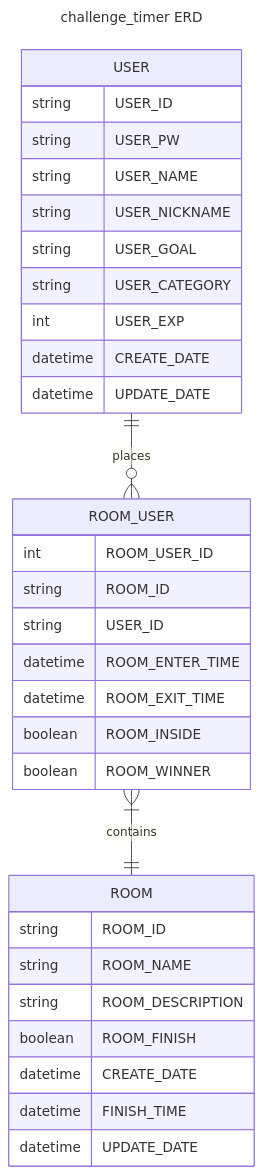
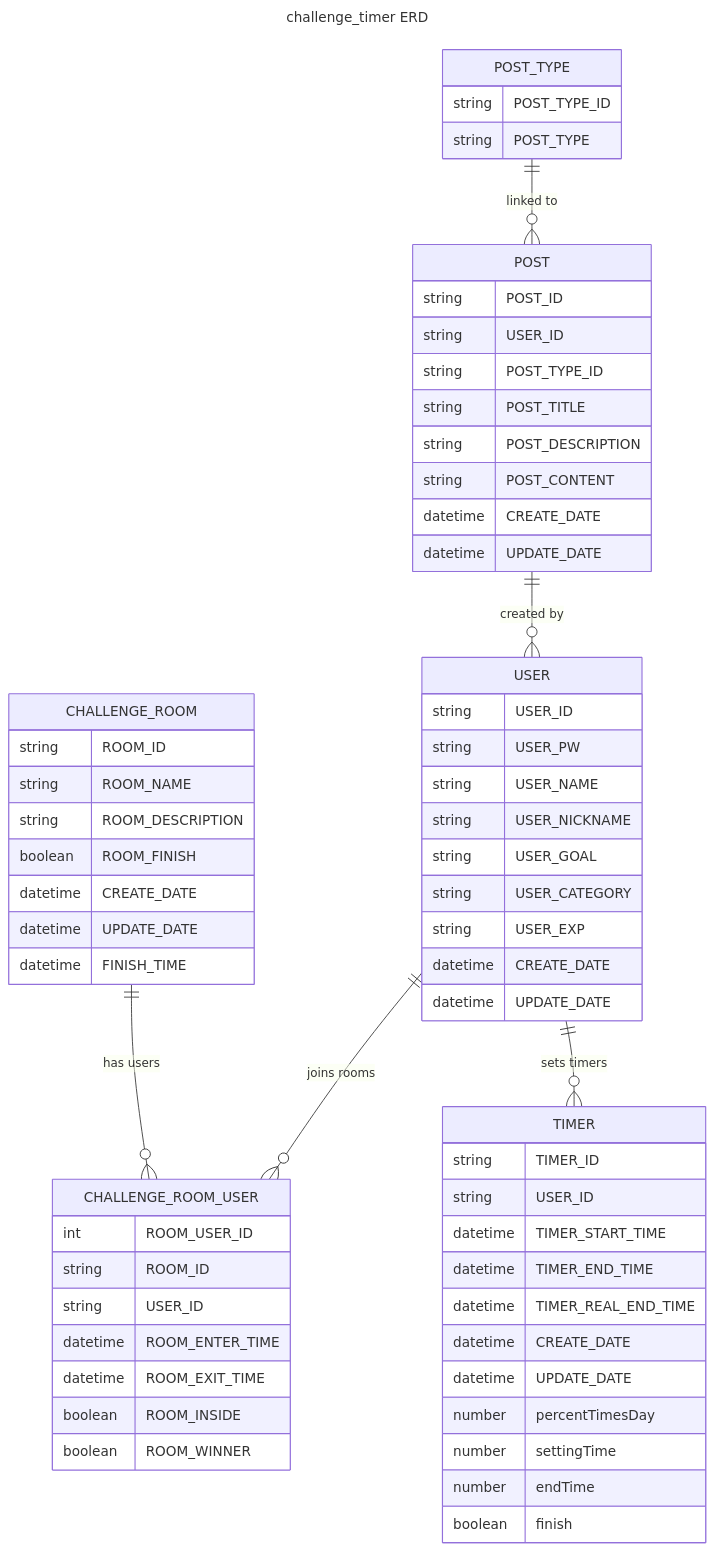
One commit to RendarCP/challenge_timer changed the first of 2 diagrams in README.md. Above: the diagram before and after it, drawn with Mermaid.

Commit message:
UPDATE: README.md

````diff
--- a/README.md
+++ b/README.md
@@ -74,37 +74,69 @@
 ```mermaid
 ---
 title: challenge_timer ERD
 ---
 erDiagram
-    USER ||--o{ ROOM_USER : places
+    POST_TYPE {
+        string POST_TYPE_ID
+        string POST_TYPE
+    }
+    POST {
+        string POST_ID
+        string USER_ID
+        string POST_TYPE_ID
+        string POST_TITLE
+        string POST_DESCRIPTION
+        string POST_CONTENT
+        datetime CREATE_DATE
+        datetime UPDATE_DATE
+    }
     USER {
         string USER_ID
         string USER_PW
         string USER_NAME
         string USER_NICKNAME
         string USER_GOAL
         string USER_CATEGORY
-        int USER_EXP
+        string USER_EXP
         datetime CREATE_DATE
         datetime UPDATE_DATE
     }
-    ROOM_USER }|--|| ROOM : contains
-    ROOM_USER {
+    CHALLENGE_ROOM {
+        string ROOM_ID
+        string ROOM_NAME
+        string ROOM_DESCRIPTION
+        boolean ROOM_FINISH
+        datetime CREATE_DATE
+        datetime UPDATE_DATE
+        datetime FINISH_TIME
+    }
+    CHALLENGE_ROOM_USER {
         int ROOM_USER_ID
         string ROOM_ID
         string USER_ID
         datetime ROOM_ENTER_TIME
         datetime ROOM_EXIT_TIME
         boolean ROOM_INSIDE
         boolean ROOM_WINNER
     }
-    ROOM {
-        string ROOM_ID
-        string ROOM_NAME
-        string ROOM_DESCRIPTION
-        boolean ROOM_FINISH
+    TIMER {
+        string TIMER_ID
+        string USER_ID
+        datetime TIMER_START_TIME
+        datetime TIMER_END_TIME
+        datetime TIMER_REAL_END_TIME
         datetime CREATE_DATE
-        datetime FINISH_TIME
         datetime UPDATE_DATE
+        number percentTimesDay
+        number settingTime
+        number endTime
+        boolean finish
     }
+
+    POST_TYPE ||--o{ POST : "linked to"
+    POST ||--o{ USER : "created by"
+    CHALLENGE_ROOM ||--o{ CHALLENGE_ROOM_USER : "has users"
+    USER ||--o{ CHALLENGE_ROOM_USER : "joins rooms"
+    USER ||--o{ TIMER : "sets timers"
+
 ```
````
